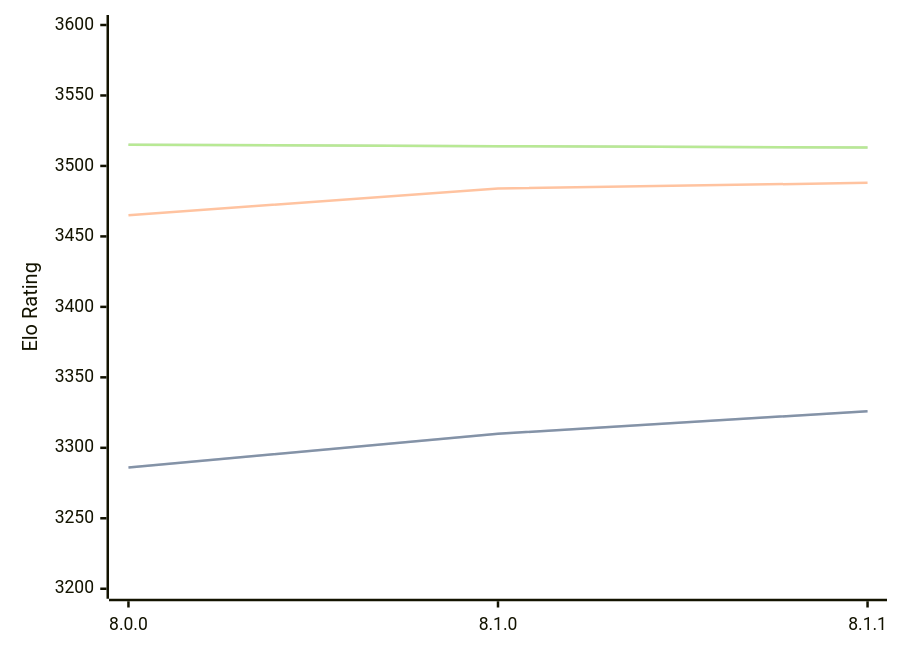
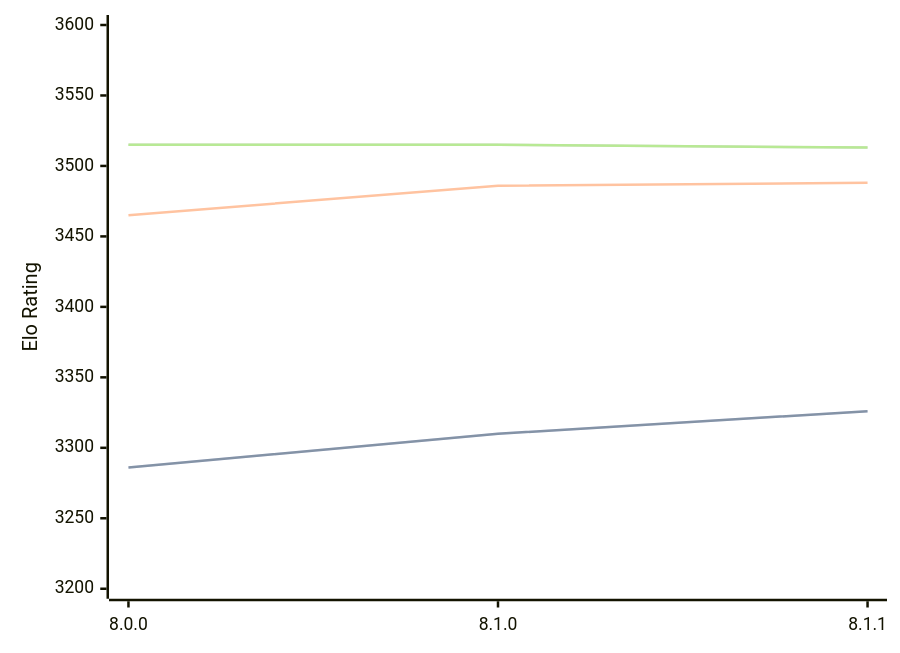
One commit to computer-chess-index/cci changed the diagram in engines/Velvet.md. Above: the diagram before and after it, drawn with Mermaid. The commit also changed other lines of this file, not shown here.

Commit message:
Update CCI Ratings (ELO VLTC) - 2026-05-03

````diff
--- a/engines/Velvet.md
+++ b/engines/Velvet.md
@@ -57,11 +57,11 @@
 ```mermaid
 %%{init: {"theme":"base","themeVariables":{"seriesColors:['#a3a3a3','#222221','#faa371']}}}%%
 xychart-beta
   x-axis ["8.0.0", "8.1.0", "8.1.1"]
   y-axis "Elo Rating" 3200 --> 3600
   line "STC (8.0+0.08s)" [3286, 3310, 3326]
   line "STC (8.0+0.08s)" [3286, 3310, 3326]
-  line "LTC (60.0+0.60s)" [3465, 3484, 3488]
-  line "VLTC (2m24s+1.12s)" [3515, 3514, 3513]
-  line "VLTC (2m24s+1.12s)" [3515, 3514, 3513]
+  line "LTC (60.0+0.60s)" [3465, 3486, 3488]
+  line "VLTC (2m24s+1.12s)" [3515, 3515, 3513]
+  line "VLTC (2m24s+1.12s)" [3515, 3515, 3513]
 ```
````
